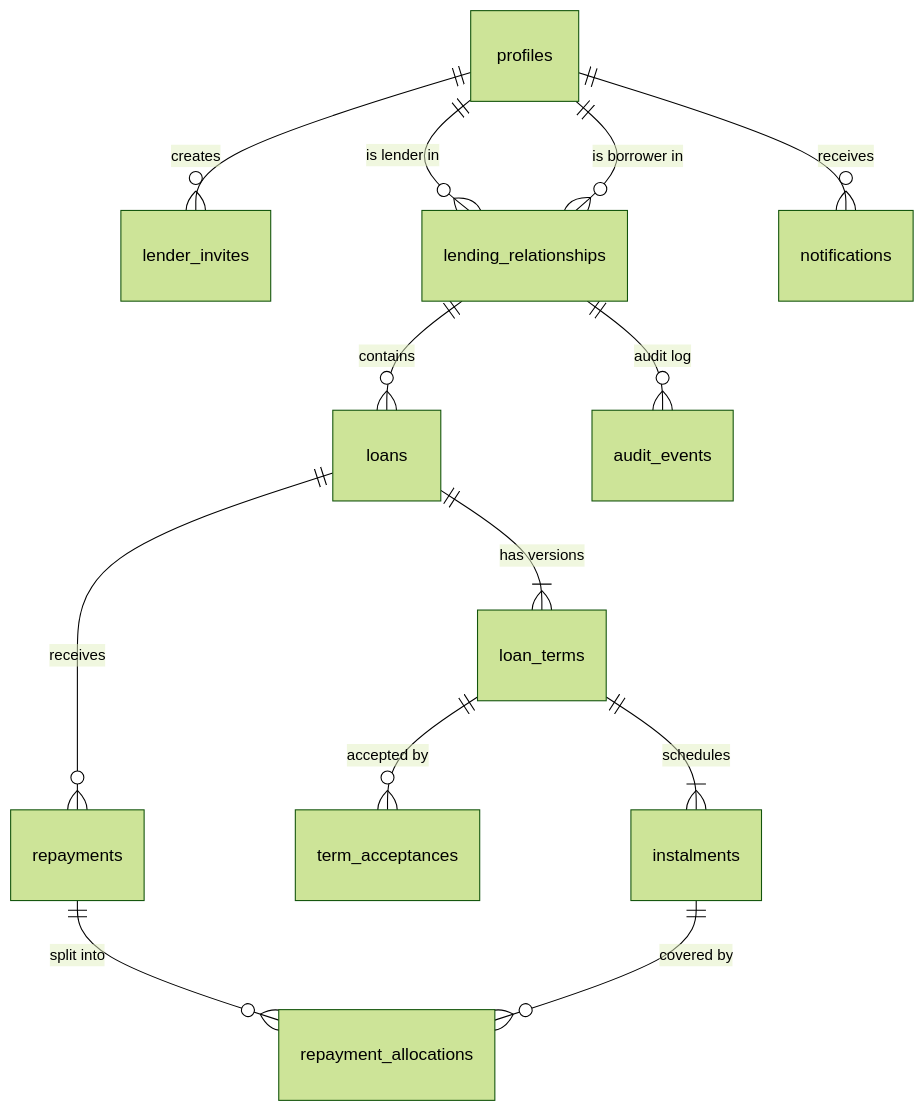
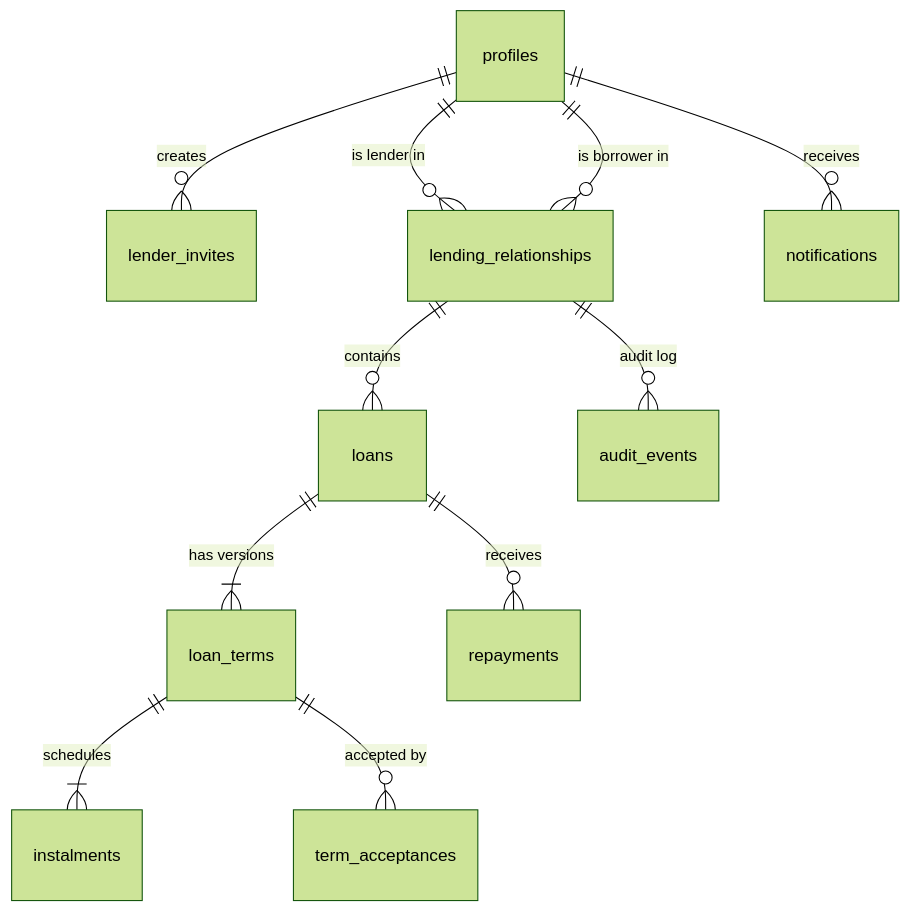
One commit to Ethan-Grey/Kinvo changed the diagram in docs/database-schema.md. Above: the diagram before and after it, drawn with Mermaid (forest theme). The commit also changed other lines of this file and 6 other files, not shown here.

````diff
--- a/docs/database-schema.md
+++ b/docs/database-schema.md
@@ -7,15 +7,13 @@
 ```mermaid
 erDiagram
     profiles ||--o{ lender_invites : creates
     profiles ||--o{ lending_relationships : "is lender in"
     profiles ||--o{ lending_relationships : "is borrower in"
     lending_relationships ||--o{ loans : contains
     loans ||--|{ loan_terms : "has versions"
     loan_terms ||--|{ instalments : schedules
     loan_terms ||--o{ term_acceptances : "accepted by"
     loans ||--o{ repayments : receives
-    repayments ||--o{ repayment_allocations : "split into"
-    instalments ||--o{ repayment_allocations : "covered by"
     lending_relationships ||--o{ audit_events : "audit log"
     profiles ||--o{ notifications : receives
 ```
````
